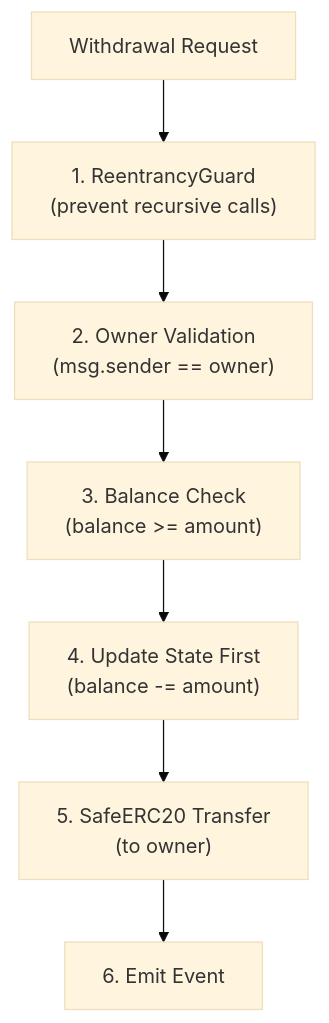
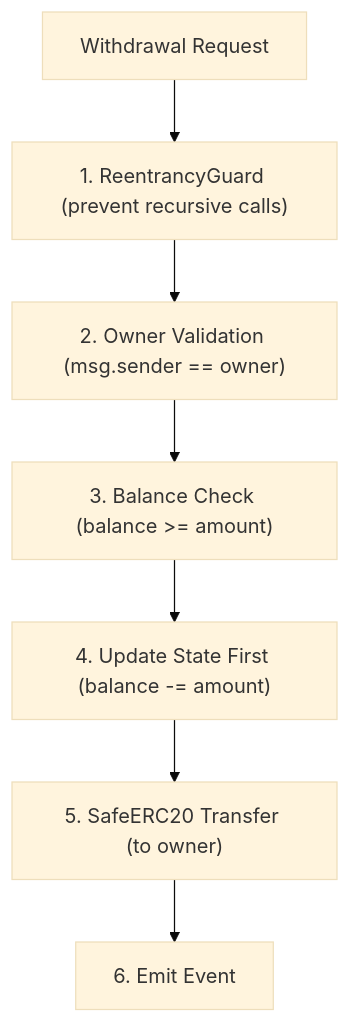
One commit to CrowdFUNding-Base/SC changed the fifth of 5 diagrams in pitching/architecture/smart-contract-architecture.md. Above: the diagram before and after it, drawn with Mermaid (base theme). The commit also changed other lines of this file and 1 other file, not shown here.

````diff
--- a/pitching/architecture/smart-contract-architecture.md
+++ b/pitching/architecture/smart-contract-architecture.md
@@ -302,9 +302,9 @@
 ```mermaid
 flowchart TB
-    Request["Withdrawal Request"] --> ReentrancyCheck["1. ReentrancyGuard\n(prevent recursive calls)"]
-    ReentrancyCheck --> OwnerCheck["2. Owner Validation\n(msg.sender == owner)"]
-    OwnerCheck --> BalanceCheck["3. Balance Check\n(balance >= amount)"]
-    BalanceCheck --> StateUpdate["4. Update State First\n(balance -= amount)"]
-    StateUpdate --> Transfer["5. SafeERC20 Transfer\n(to owner)"]
+    Request["Withdrawal Request"] --> ReentrancyCheck["1. ReentrancyGuard (prevent recursive calls)"]
+    ReentrancyCheck --> OwnerCheck["2. Owner Validation (msg.sender == owner)"]
+    OwnerCheck --> BalanceCheck["3. Balance Check (balance >= amount)"]
+    BalanceCheck --> StateUpdate["4. Update State First (balance -= amount)"]
+    StateUpdate --> Transfer["5. SafeERC20 Transfer (to owner)"]
     Transfer --> Event["6. Emit Event"]
 ```
````
